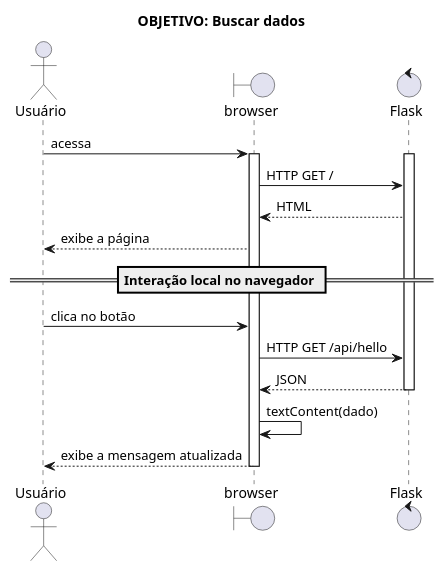
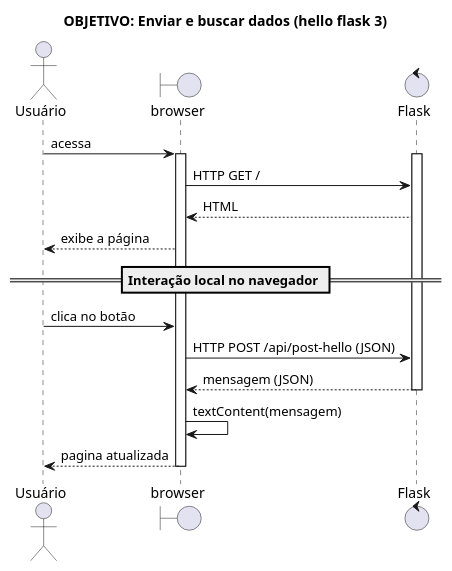
The diagram in hello-flask-3/documentacao/diagrama-sequencia.puml (DevRafae/hello-flask), drawn with PlantUML before and after one commit. The commit also changed other lines of this file, not shown here.

Commit message:
Update sequence diagram for data handling

```diff
--- a/hello-flask-3/documentacao/diagrama-sequencia.puml
+++ b/hello-flask-3/documentacao/diagrama-sequencia.puml
@@ -1,27 +1,27 @@
 @startuml
-title OBJETIVO: Buscar dados
+title OBJETIVO: Enviar e buscar dados (hello flask 3)
 
 actor usuario as "Usuário"
 boundary browser as "browser"
 control flask as "Flask"
 
 usuario -> browser : acessa
 activate browser
 activate flask
 browser -> flask : HTTP GET /
 flask --> browser : HTML
 browser --> usuario : exibe a página
 
 == Interação local no navegador ==
 
 usuario -> browser : clica no botão
-browser -> flask : HTTP GET /api/hello
+browser -> flask : HTTP POST /api/post-hello (JSON)
 
-flask --> browser : JSON
+flask --> browser : mensagem (JSON)
 deactivate flask
 
-browser -> browser : textContent(dado)
-browser --> usuario : exibe a mensagem atualizada
+browser -> browser : textContent(mensagem)
+browser --> usuario : pagina atualizada
 deactivate browser
 
 @enduml
```
